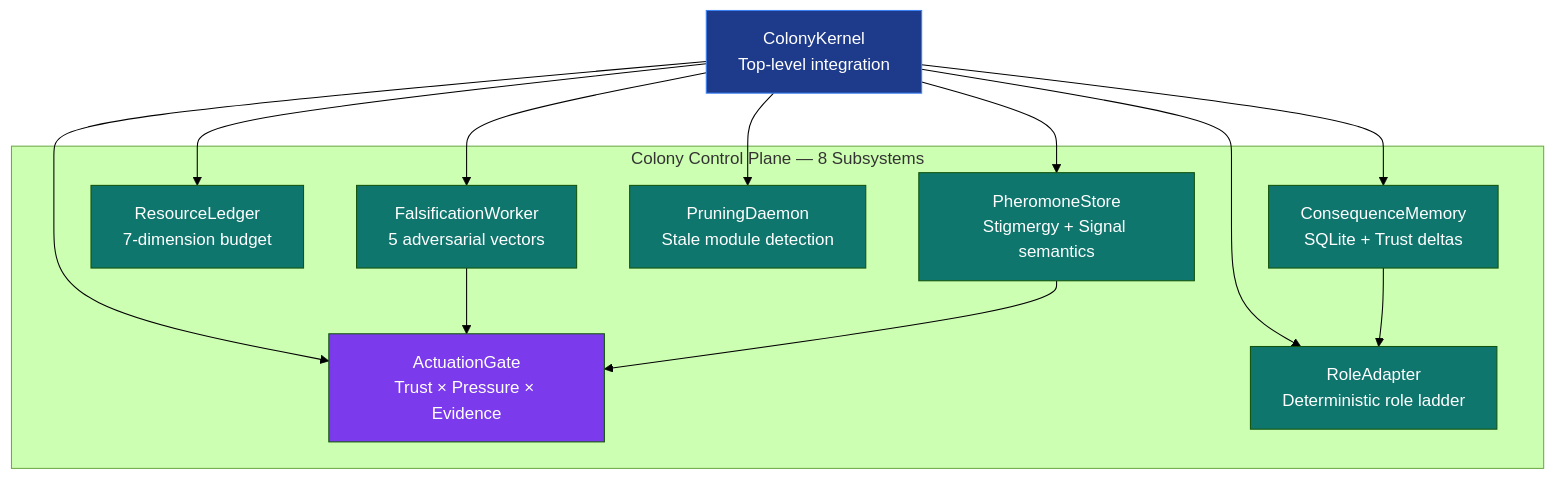
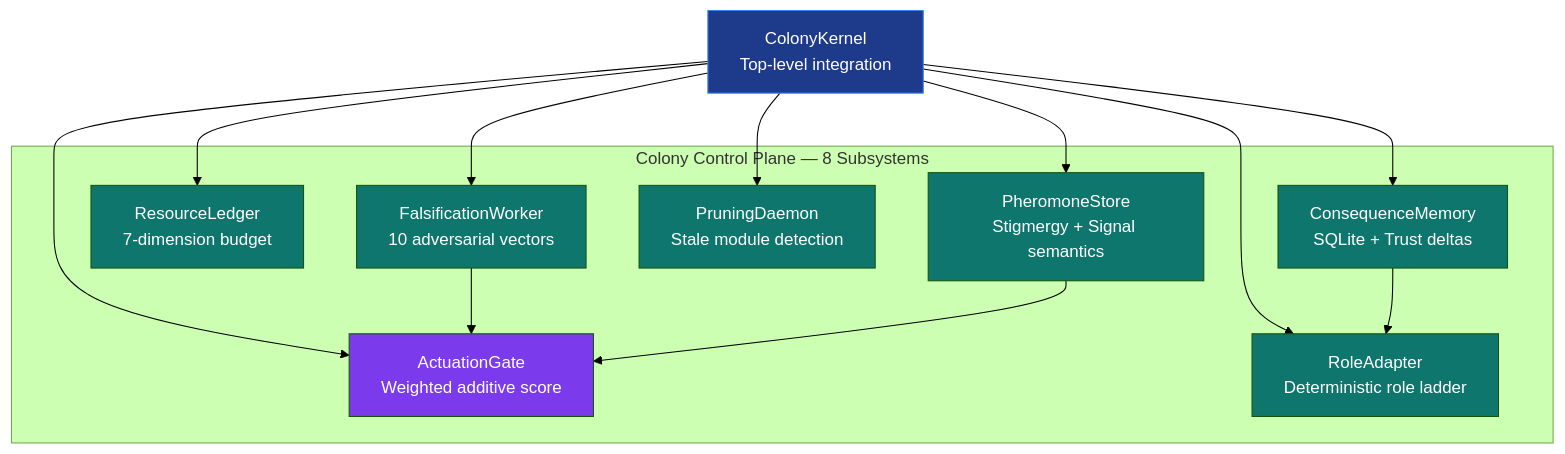
One commit to docxology/codomyrmex changed the first of 2 diagrams in src/codomyrmex/documentation/docs/modules/colony_kernel/readme.md. Above: the diagram before and after it, drawn with Mermaid (forest theme). The commit also changed other lines of this file and 948 other files, not shown here.

````diff
--- a/src/codomyrmex/documentation/docs/modules/colony_kernel/readme.md
+++ b/src/codomyrmex/documentation/docs/modules/colony_kernel/readme.md
@@ -13,27 +13,27 @@
 ```mermaid
 graph TB
     CK["ColonyKernel<br/>Top-level integration"]
     subgraph subsystems["Colony Control Plane — 8 Subsystems"]
         PS["PheromoneStore<br/>Stigmergy + Signal semantics"]
         RL["ResourceLedger<br/>7-dimension budget"]
-        AG["ActuationGate<br/>Trust × Pressure × Evidence"]
+        AG["ActuationGate<br/>Weighted additive score"]
         CM["ConsequenceMemory<br/>SQLite + Trust deltas"]
         RA["RoleAdapter<br/>Deterministic role ladder"]
         PD["PruningDaemon<br/>Stale module detection"]
-        FW["FalsificationWorker<br/>5 adversarial vectors"]
+        FW["FalsificationWorker<br/>10 adversarial vectors"]
     end
 
     CK --> PS & RL & AG & CM & RA & PD & FW
     FW --> AG
     PS --> AG
     CM --> RA
 
     style CK fill:#1e3a8a,color:#fff,stroke:#3b82f6
     style AG fill:#7c3aed,color:#fff
     style PS fill:#0f766e,color:#fff
     style RL fill:#0f766e,color:#fff
     style CM fill:#0f766e,color:#fff
     style RA fill:#0f766e,color:#fff
     style PD fill:#0f766e,color:#fff
     style FW fill:#0f766e,color:#fff
 ```
````
